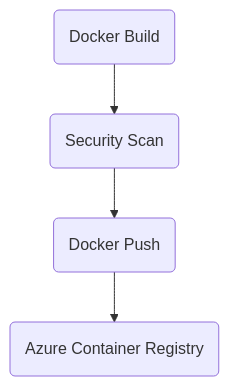
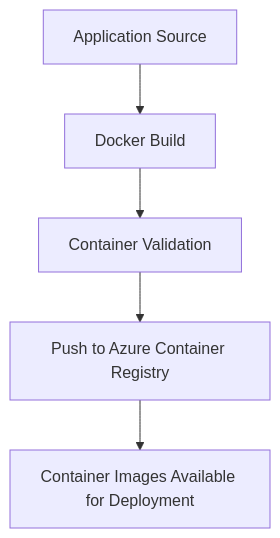
Diagram 12 of 29 in README.md (bymalathi/flavorforge-azure-devsecops-capstone), drawn with Mermaid before and after one commit. The commit also changed other lines of this file, not shown here.

````diff
--- a/README.md
+++ b/README.md
@@ -742,11 +856,13 @@
 ```mermaid
 flowchart TD
-    A(Docker Build)
-    B(Security Scan)
-    C(Docker Push)
-    D(Azure Container Registry)
+    A[Application Source]
+    B[Docker Build]
+    C[Container Validation]
+    D[Push to Azure Container Registry]
+    E[Container Images Available for Deployment]
 
     A --> B
     B --> C
     C --> D
+    D --> E
 ```
````
